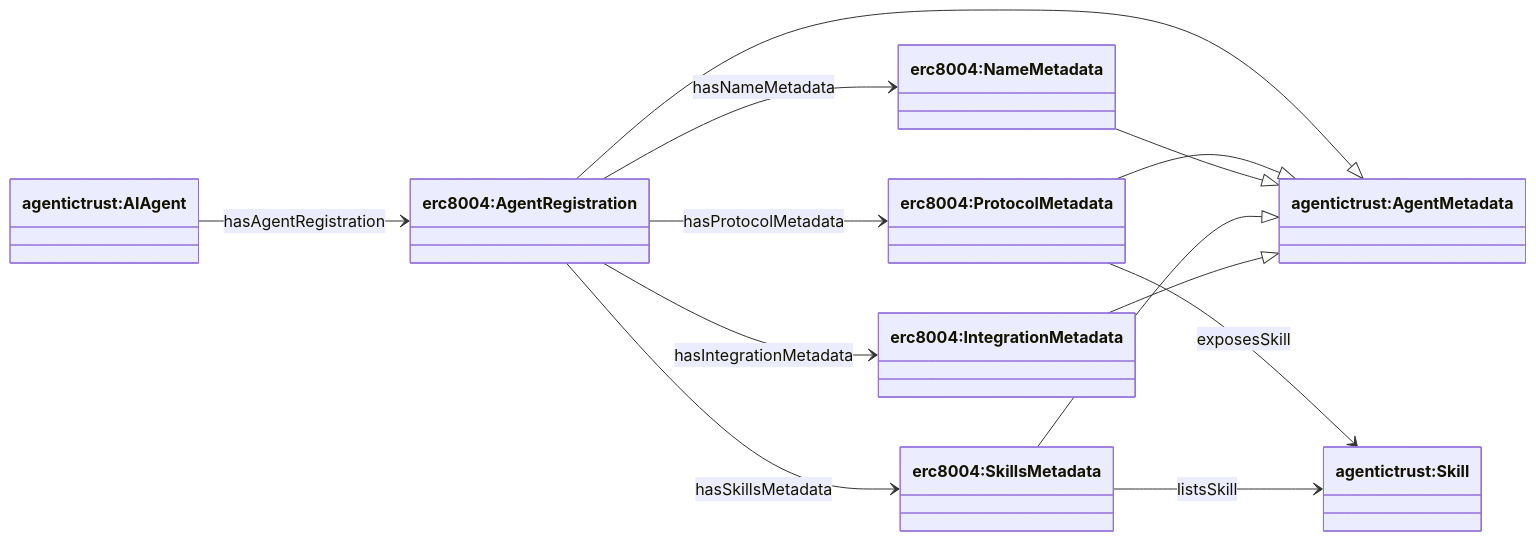
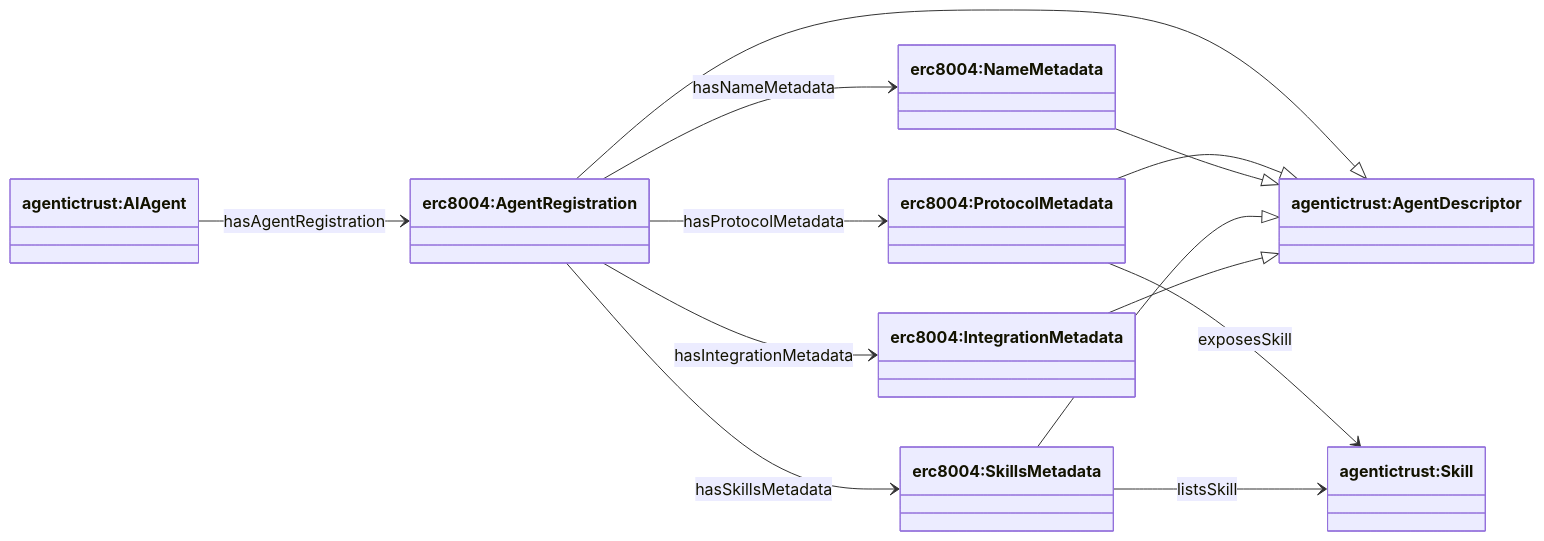
Before and after one commit to Agentic-Trust-Layer/agent-explorer: the first of 3 diagrams in docs/ontology/erc8004.md, drawn with Mermaid. The commit also changed 29 other files, not shown here.

````diff
--- a/docs/ontology/erc8004.md
+++ b/docs/ontology/erc8004.md
@@ -29,28 +29,28 @@
 ```mermaid
 classDiagram
 direction LR
 
 class AIAgent["agentictrust:AIAgent"]
-class AgentMetadata["agentictrust:AgentMetadata"]
+class AgentDescriptor["agentictrust:AgentDescriptor"]
 class AgentRegistration["erc8004:AgentRegistration"]
 class ProtocolMetadata["erc8004:ProtocolMetadata"]
 class NameMetadata["erc8004:NameMetadata"]
 class SkillsMetadata["erc8004:SkillsMetadata"]
 class IntegrationMetadata["erc8004:IntegrationMetadata"]
 class Skill["agentictrust:Skill"]
 
-AgentRegistration --|> AgentMetadata
-ProtocolMetadata --|> AgentMetadata
-NameMetadata --|> AgentMetadata
-SkillsMetadata --|> AgentMetadata
-IntegrationMetadata --|> AgentMetadata
+AgentRegistration --|> AgentDescriptor
+ProtocolMetadata --|> AgentDescriptor
+NameMetadata --|> AgentDescriptor
+SkillsMetadata --|> AgentDescriptor
+IntegrationMetadata --|> AgentDescriptor
 
 AIAgent --> AgentRegistration : hasAgentRegistration
 AgentRegistration --> ProtocolMetadata : hasProtocolMetadata
 AgentRegistration --> NameMetadata : hasNameMetadata
 AgentRegistration --> SkillsMetadata : hasSkillsMetadata
 AgentRegistration --> IntegrationMetadata : hasIntegrationMetadata
 
 ProtocolMetadata --> Skill : exposesSkill
 SkillsMetadata --> Skill : listsSkill
 ```
````
